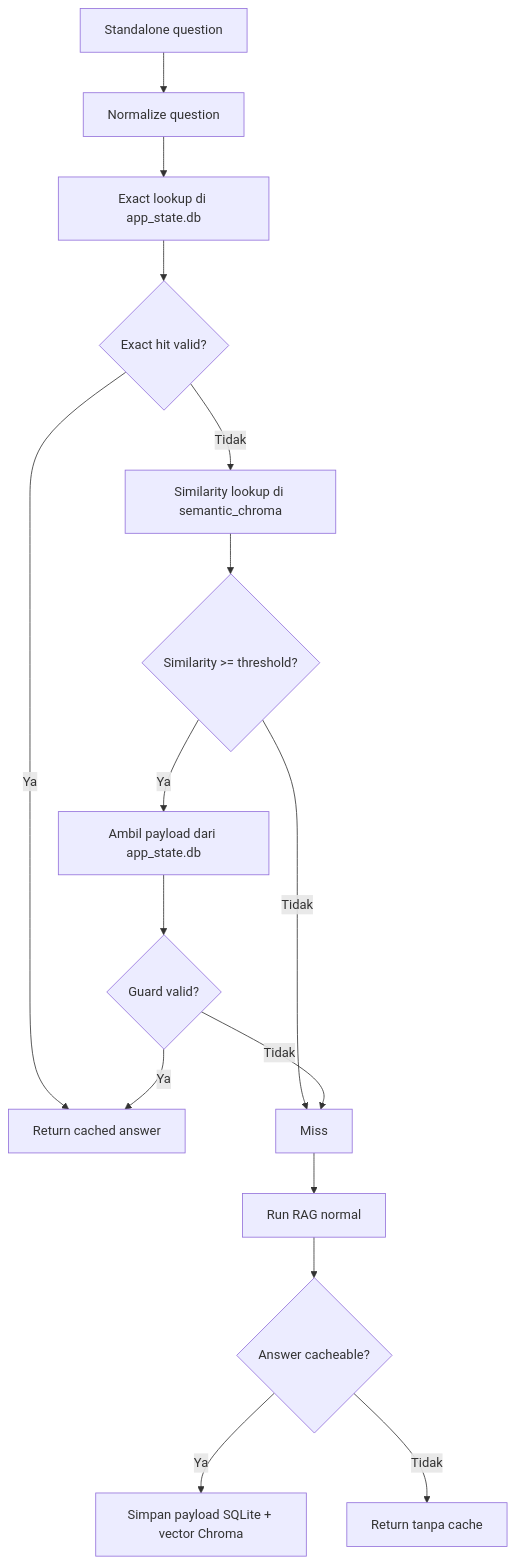
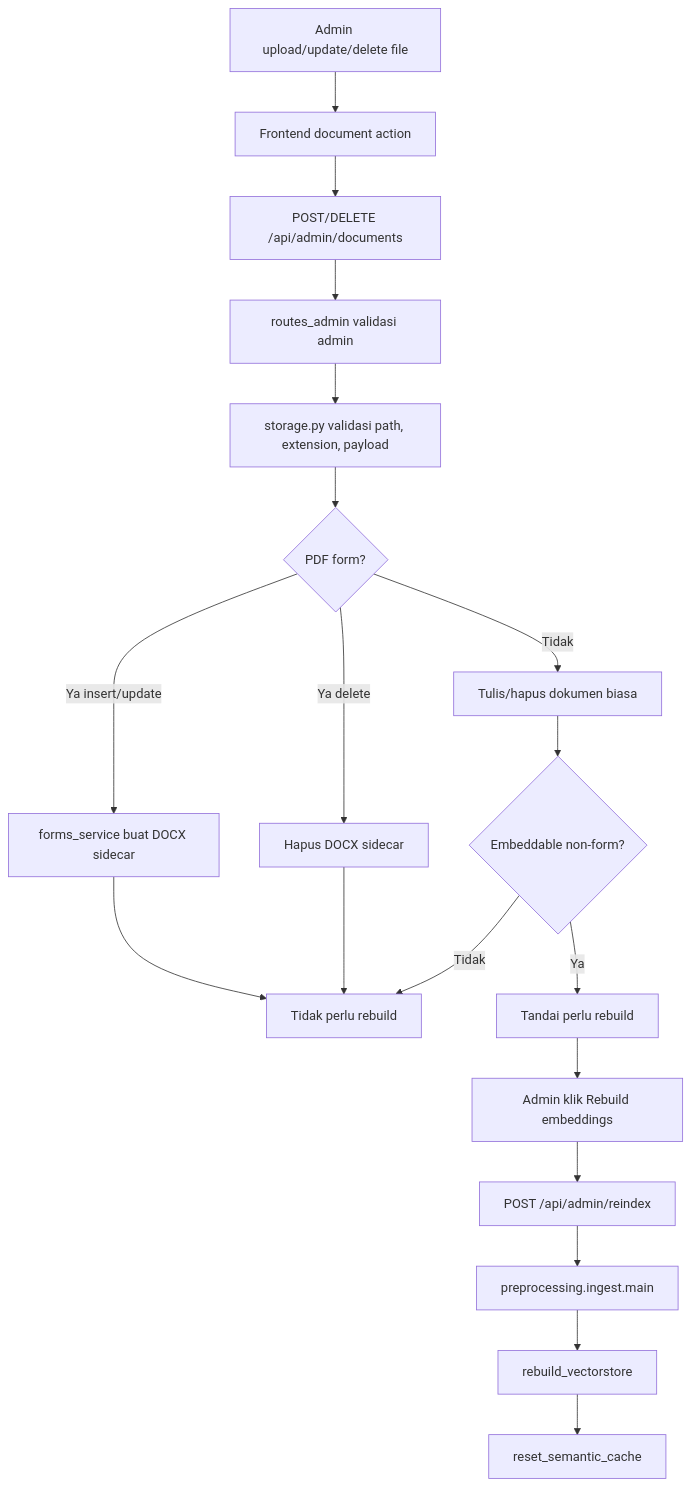
The second of 5 diagrams in Capstone/docs/SYSTEM_FLOWS.md (Akram17t/Internship), drawn with Mermaid before and after one commit. The commit also changed other lines of this file and 43 other files, not shown here.

````diff
--- a/Capstone/docs/SYSTEM_FLOWS.md
+++ b/Capstone/docs/SYSTEM_FLOWS.md
@@ -86,18 +36,21 @@
 ```mermaid
 flowchart TD
-  A[Standalone question] --> B[Normalize question]
-  B --> C[Exact lookup di app_state.db]
-  C --> D{Exact hit valid?}
-  D -->|Ya| E[Return cached answer]
-  D -->|Tidak| F[Similarity lookup di semantic_chroma]
-  F --> G{Similarity >= threshold?}
-  G -->|Tidak| H[Miss]
-  G -->|Ya| I[Ambil payload dari app_state.db]
-  I --> J{Guard valid?}
-  J -->|Tidak| H
-  J -->|Ya| E
-  H --> K[Run RAG normal]
-  K --> L{Answer cacheable?}
-  L -->|Ya| M[Simpan payload SQLite + vector Chroma]
-  L -->|Tidak| N[Return tanpa cache]
+  A[Admin upload/update/delete file] --> B[Frontend document action]
+  B --> C[POST/DELETE /api/admin/documents]
+  C --> D[routes_admin validasi admin]
+  D --> E[storage.py validasi path, extension, payload]
+  E --> F{PDF form?}
+  F -->|Ya insert/update| G[forms_service buat DOCX sidecar]
+  F -->|Ya delete| H[Hapus DOCX sidecar]
+  F -->|Tidak| I[Tulis/hapus dokumen biasa]
+  G --> J[Tidak perlu rebuild]
+  H --> J
+  I --> K{Embeddable non-form?}
+  K -->|Ya| L[Tandai perlu rebuild]
+  K -->|Tidak| J
+  L --> M[Admin klik Rebuild embeddings]
+  M --> N[POST /api/admin/reindex]
+  N --> O[preprocessing.ingest.main]
+  O --> P[rebuild_vectorstore]
+  P --> Q[reset_semantic_cache]
 ```
````
